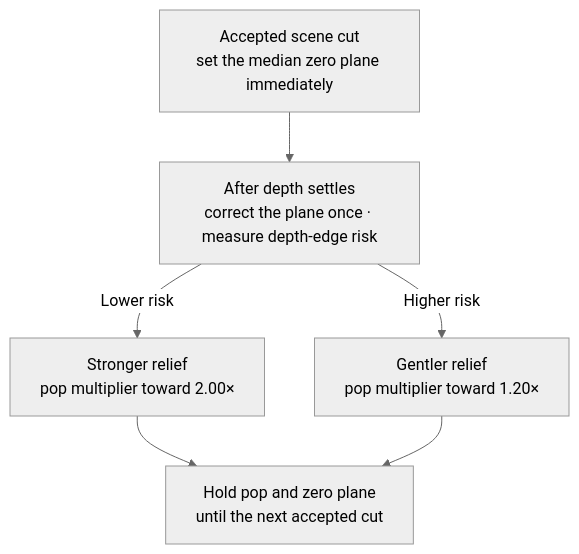
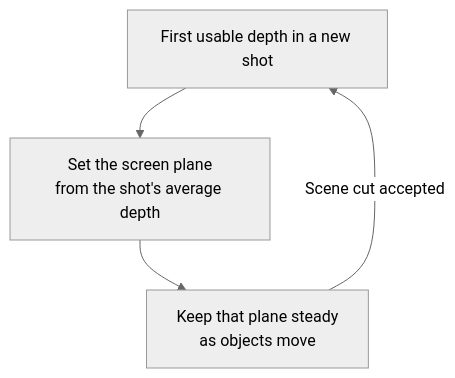
One commit to dcatcher9/moonlight-android changed the diagram in README.md. Above: the diagram before and after it, drawn with Mermaid (neutral theme). The commit also changed other lines of this file and 4 other files, not shown here.

````diff
--- a/README.md
+++ b/README.md
@@ -141,9 +141,7 @@
 ```mermaid
 flowchart TD
-    CUT["Accepted scene cut<br/>set the median zero plane immediately"]
-    CUT --> SETTLE["After depth settles<br/>correct the plane once · measure depth-edge risk"]
-    SETTLE -->|"Lower risk"| MORE["Stronger relief<br/>pop multiplier toward 2.00×"]
-    SETTLE -->|"Higher risk"| LESS["Gentler relief<br/>pop multiplier toward 1.20×"]
-    MORE --> HOLD["Hold pop and zero plane<br/>until the next accepted cut"]
-    LESS --> HOLD
+    START["First usable depth in a new shot"]
+    START --> PLANE["Set the screen plane<br/>from the shot's average depth"]
+    PLANE --> HOLD["Keep that plane steady<br/>as objects move"]
+    HOLD -->|"Scene cut accepted"| START
 ```
````
